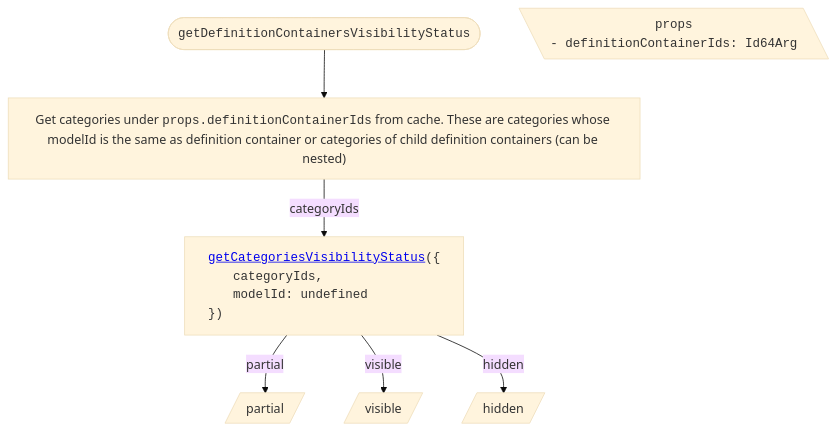
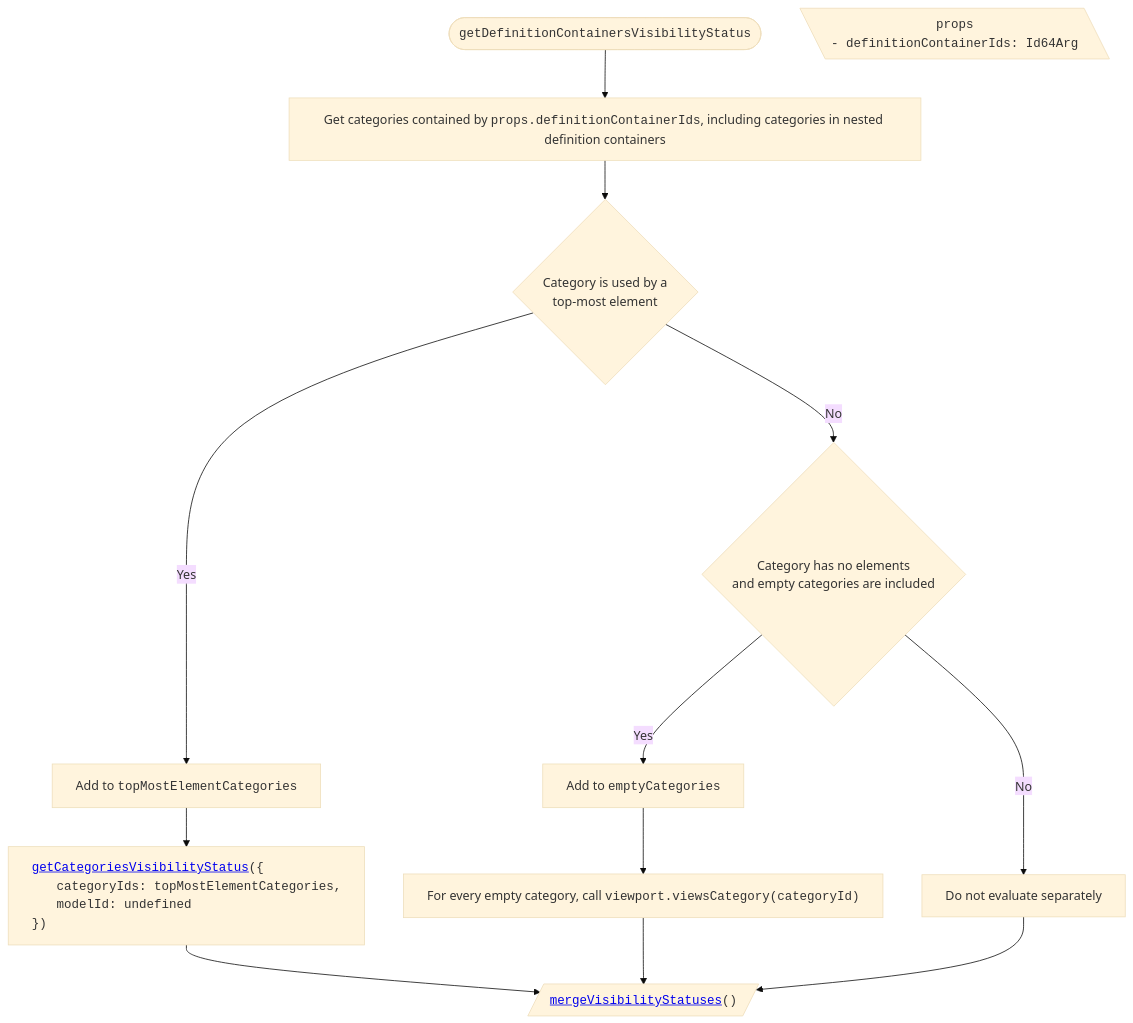
One commit to iTwin/viewer-components-react changed the first of 6 diagrams in packages/itwin/tree-widget/docs/CategoriesTreeVisibilityHandling.md. Above: the diagram before and after it, drawn with Mermaid (base theme). The commit also changed other lines of this file and 4 other files, not shown here.

Commit message:
[Tree widget]: update mermaid diagrams on `next`

````diff
--- a/packages/itwin/tree-widget/docs/CategoriesTreeVisibilityHandling.md
+++ b/packages/itwin/tree-widget/docs/CategoriesTreeVisibilityHandling.md
@@ -28,32 +38,33 @@
 ```mermaid
 ---
 config:
   flowchart:
     wrappingWidth: 750
     useMaxWidth: false
 ---
 
 flowchart TD
-  RESULT_Partial[/partial/]
-  RESULT_Visible[/visible/]
-  RESULT_Hidden[/hidden/]
-
   %% Start
-  TITLE(["<span style='font-family: monospace;'>getDefinitionContainersVisibilityStatus</span>"]) --> A["Get categories under <span style='font-family: monospace;'>props.definitionContainerIds</span> from cache. These are categories whose modelId is the same as definition container or categories of child definition containers (can be nested)"]
+  TITLE(["<span style='font-family: monospace;'>getDefinitionContainersVisibilityStatus</span>"]) --> A["Get categories contained by <span style='font-family: monospace;'>props.definitionContainerIds</span>, including categories in nested definition containers"]
 
   PROPS[\"
     <span style='font-family: monospace;'>props</span>
     <span style='display: block; text-align: left; font-family: monospace;'>- definitionContainerIds: Id64Arg</span>
   "\]
 
+  A --> B{"Category is used by a<br/>top-most element"}
+  B -- Yes --> B1["Add to <span style='font-family: monospace;'>topMostElementCategories</span>"]
+  B -- No --> C{"Category has no elements<br/>and empty categories are included"}
+  C -- Yes --> C1["Add to <span style='font-family: monospace;'>emptyCategories</span>"]
+  C -- No --> C2["Do not evaluate separately"]
 
-  A -- categoryIds --> B["<div style='text-align: left; font-family: monospace;'><a href='./SharedVisibilityHandling.md#getcategoriesvisibilitystatus'>getCategoriesVisibilityStatus</a>({
-    <span style='padding-left: 2rem;'>categoryIds,</span>
+  B1 --> D["<div style='text-align: left; font-family: monospace;'><a href='./SharedVisibilityHandling.md#getcategoriesvisibilitystatus'>getCategoriesVisibilityStatus</a>({
+    <span style='padding-left: 2rem;'>categoryIds: topMostElementCategories,</span>
     <span style='padding-left: 2rem;'>modelId: undefined</span>
     })</div>"]
+  C1 --> E["For every empty category, call <span style='font-family: monospace;'>viewport.viewsCategory(categoryId)</span>"]
 
-  %% Results
-  B -- partial --> RESULT_Partial
-  B -- visible --> RESULT_Visible
-  B -- hidden --> RESULT_Hidden
+  D --> M[/"<span style='font-family: monospace;'><a href='./SharedVisibilityHandling.md#mergevisibilitystatuses'>mergeVisibilityStatuses</a>()</span>"/]
+  E --> M
+  C2 --> M
 ```
````
